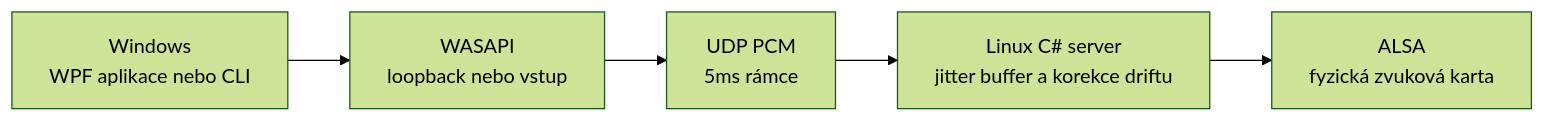
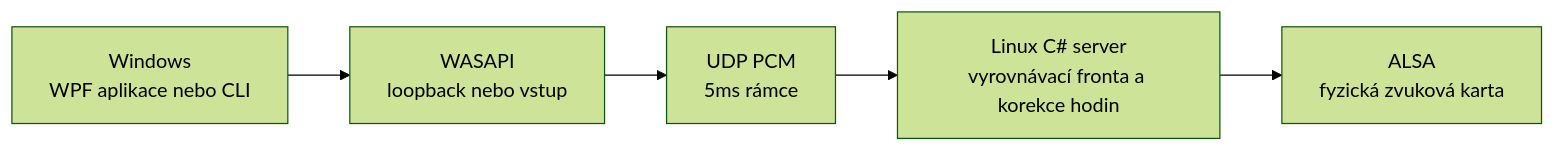
Before and after one commit to nks-hub/nks-audiolink: the diagram in README.md, drawn with Mermaid (forest theme). The commit also changed other lines of this file and 19 other files, not shown here.

````diff
--- a/README.md
+++ b/README.md
@@ -27,7 +27,7 @@
 ```mermaid
 flowchart LR
     A["Windows<br/>WPF aplikace nebo CLI"] --> B["WASAPI<br/>loopback nebo vstup"]
     B --> C["UDP PCM<br/>5ms rámce"]
-    C --> D["Linux C# server<br/>jitter buffer a korekce driftu"]
+    C --> D["Linux C# server<br/>vyrovnávací fronta a korekce hodin"]
     D --> E["ALSA<br/>fyzická zvuková karta"]
 ```
````
